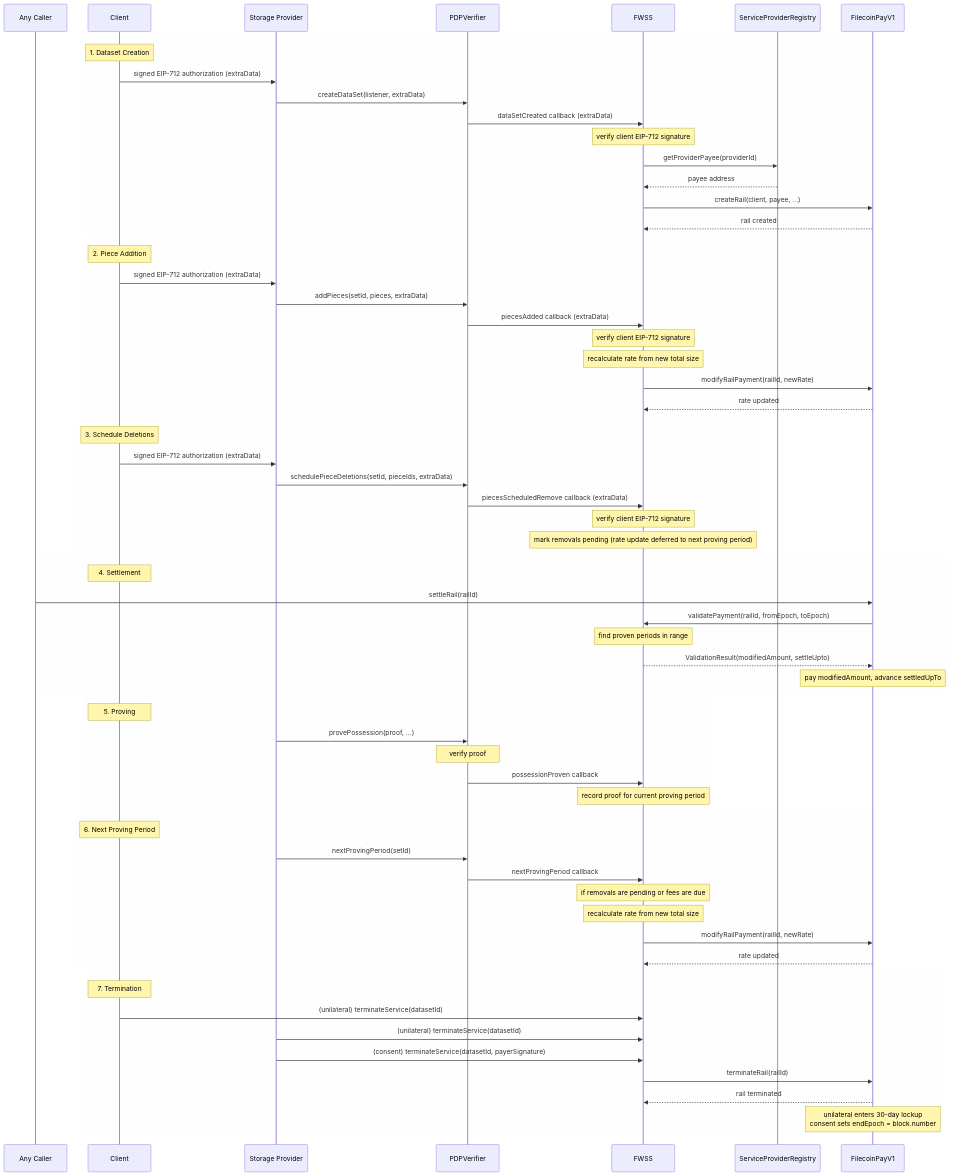
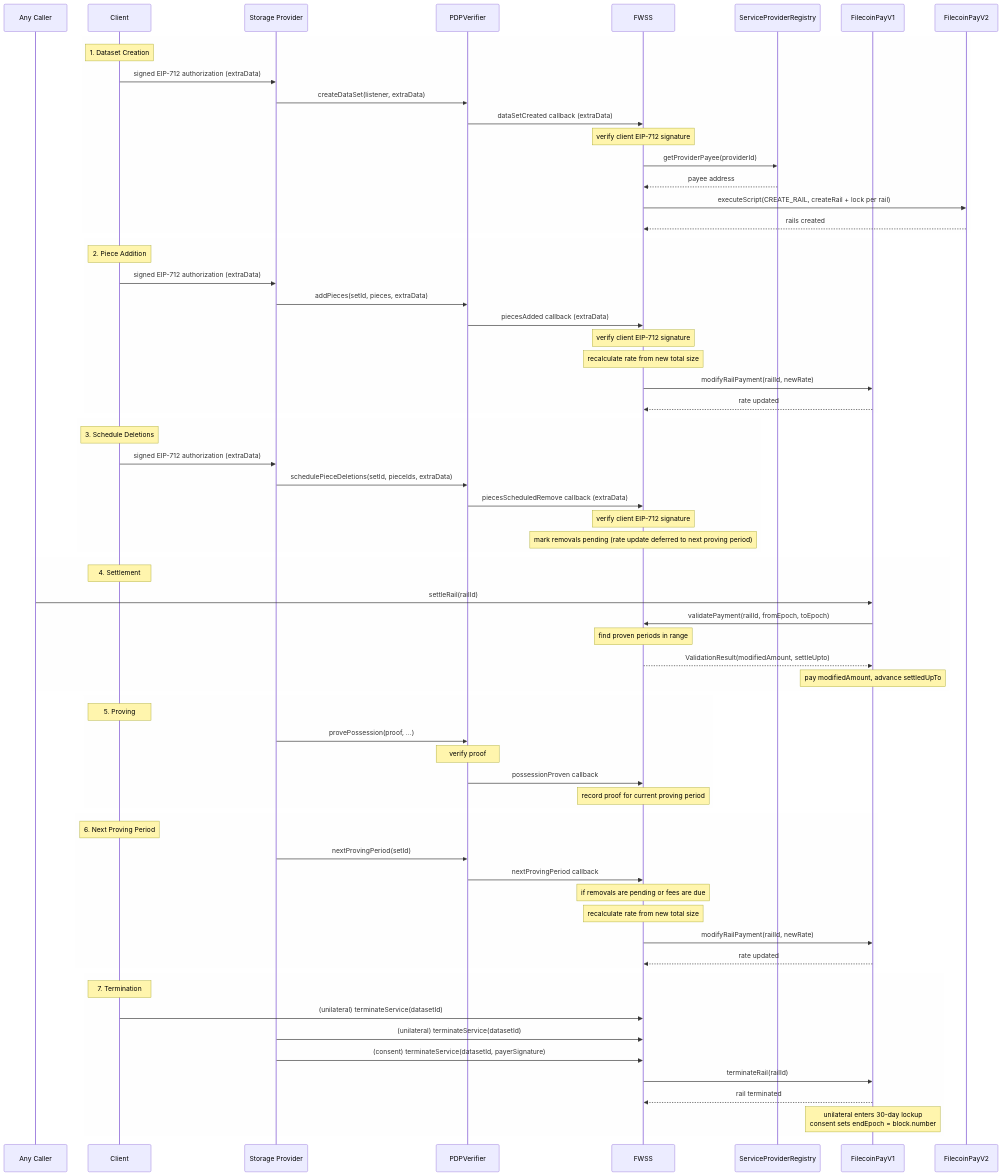
Before and after one commit to FilOzone/filecoin-services: the second of 2 diagrams in SPEC.md, drawn with Mermaid. The commit also changed other lines of this file and 17 other files, not shown here.

First line of the commit message:
feat(fwss): create new data sets' rails on FilecoinPayV2

````diff
--- a/SPEC.md
+++ b/SPEC.md
@@ -428,79 +436,80 @@
 ```mermaid
 sequenceDiagram
   participant Caller as Any Caller
   participant Client
   participant SP as Storage Provider
   participant PDPVerifier
   participant FWSS
   participant ServiceProviderRegistry
   participant FilecoinPayV1
+  participant FilecoinPayV2
 
   rect rgba(248, 248, 248, 0.2)
     Note over Client: 1. Dataset Creation
     Client->>SP: signed EIP-712 authorization (extraData)
     SP->>PDPVerifier: createDataSet(listener, extraData)
     PDPVerifier->>FWSS: dataSetCreated callback (extraData)
     Note over FWSS: verify client EIP-712 signature
     FWSS->>ServiceProviderRegistry: getProviderPayee(providerId)
     ServiceProviderRegistry-->>FWSS: payee address
-    FWSS->>FilecoinPayV1: createRail(client, payee, ...)
-    FilecoinPayV1-->>FWSS: rail created
+    FWSS->>FilecoinPayV2: executeScript(CREATE_RAIL, createRail + lock per rail)
+    FilecoinPayV2-->>FWSS: rails created
   end
 
   rect rgba(248, 248, 248, 0.2)
     Note over Client: 2. Piece Addition
     Client->>SP: signed EIP-712 authorization (extraData)
     SP->>PDPVerifier: addPieces(setId, pieces, extraData)
     PDPVerifier->>FWSS: piecesAdded callback (extraData)
     Note over FWSS: verify client EIP-712 signature
     Note over FWSS: recalculate rate from new total size
     FWSS->>FilecoinPayV1: modifyRailPayment(railId, newRate)
     FilecoinPayV1-->>FWSS: rate updated
   end
 
   rect rgba(248, 248, 248, 0.2)
     Note over Client: 3. Schedule Deletions
     Client->>SP: signed EIP-712 authorization (extraData)
     SP->>PDPVerifier: schedulePieceDeletions(setId, pieceIds, extraData)
     PDPVerifier->>FWSS: piecesScheduledRemove callback (extraData)
     Note over FWSS: verify client EIP-712 signature
     Note over FWSS: mark removals pending (rate update deferred to next proving period)
   end
 
   rect rgba(248, 248, 248, 0.2)
     Note over Client: 4. Settlement
     Caller->>FilecoinPayV1: settleRail(railId)
     FilecoinPayV1->>FWSS: validatePayment(railId, fromEpoch, toEpoch)
     Note over FWSS: find proven periods in range
     FWSS-->>FilecoinPayV1: ValidationResult(modifiedAmount, settleUpto)
     Note over FilecoinPayV1: pay modifiedAmount, advance settledUpTo
   end
 
   rect rgba(248, 248, 248, 0.2)
     Note over Client: 5. Proving
     SP->>PDPVerifier: provePossession(proof, ...)
     Note over PDPVerifier: verify proof
     PDPVerifier->>FWSS: possessionProven callback
     Note over FWSS: record proof for current proving period
   end
 
   rect rgba(248, 248, 248, 0.2)
     Note over Client: 6. Next Proving Period
     SP->>PDPVerifier: nextProvingPeriod(setId)
     PDPVerifier->>FWSS: nextProvingPeriod callback
     Note over FWSS: if removals are pending or fees are due
     Note over FWSS: recalculate rate from new total size
     FWSS->>FilecoinPayV1: modifyRailPayment(railId, newRate)
     FilecoinPayV1-->>FWSS: rate updated
   end
 
   rect rgba(248, 248, 248, 0.2)
     Note over Client: 7. Termination
     Client->>FWSS: (unilateral) terminateService(datasetId)
     SP->>FWSS: (unilateral) terminateService(datasetId)
     SP->>FWSS: (consent) terminateService(datasetId, payerSignature)
     FWSS->>FilecoinPayV1: terminateRail(railId)
     FilecoinPayV1-->>FWSS: rail terminated
     Note over FilecoinPayV1: unilateral enters 30-day lockup<br/>consent sets endEpoch = block.number
   end
 ```
````
